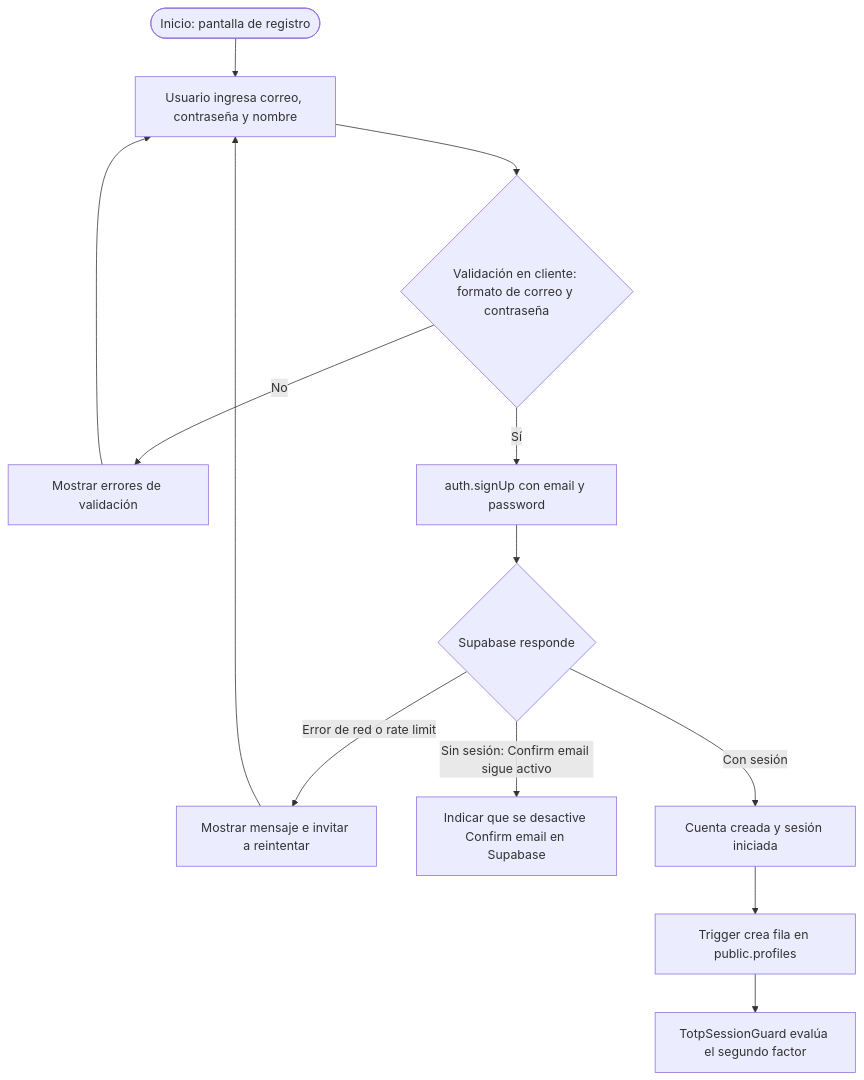
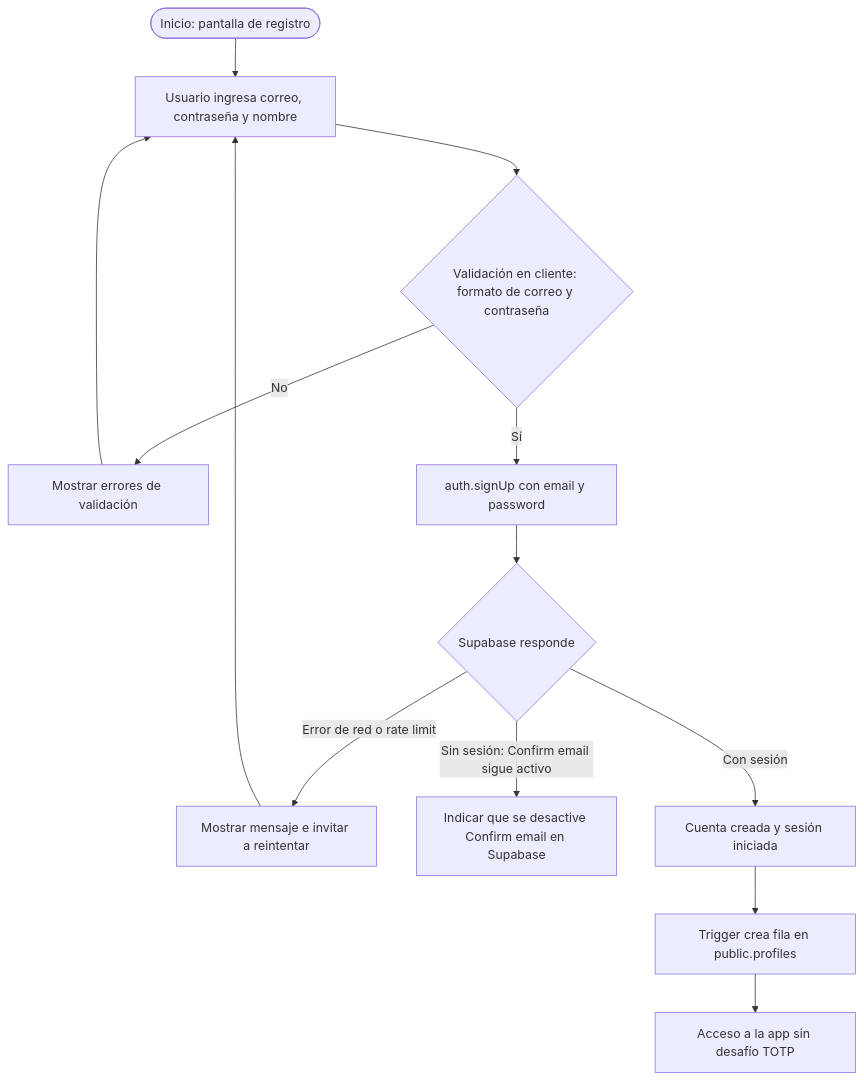
Before and after one commit to Trebol4Devop/Comunidad_USAC: the second of 8 diagrams in auth-supabase-login-signup.md, drawn with Mermaid. The commit also changed other lines of this file and 8 other files, not shown here.

````diff
--- a/auth-supabase-login-signup.md
+++ b/auth-supabase-login-signup.md
@@ -93,13 +93,13 @@
 ```mermaid
 flowchart TD
     A(["Inicio: pantalla de registro"]) --> B["Usuario ingresa correo, contraseña y nombre"]
     B --> C{"Validación en cliente: formato de correo y contraseña"}
     C -->|"No"| C1["Mostrar errores de validación"] --> B
     C -->|"Sí"| D["auth.signUp con email y password"]
     D --> E{"Supabase responde"}
     E -->|"Error de red o rate limit"| E1["Mostrar mensaje e invitar a reintentar"] --> B
     E -->|"Sin sesión: Confirm email sigue activo"| E2["Indicar que se desactive Confirm email en Supabase"]
     E -->|"Con sesión"| F["Cuenta creada y sesión iniciada"]
     F --> G["Trigger crea fila en public.profiles"]
-    G --> H["TotpSessionGuard evalúa el segundo factor"]
+    G --> H["Acceso a la app sin desafío TOTP"]
 ```
````
